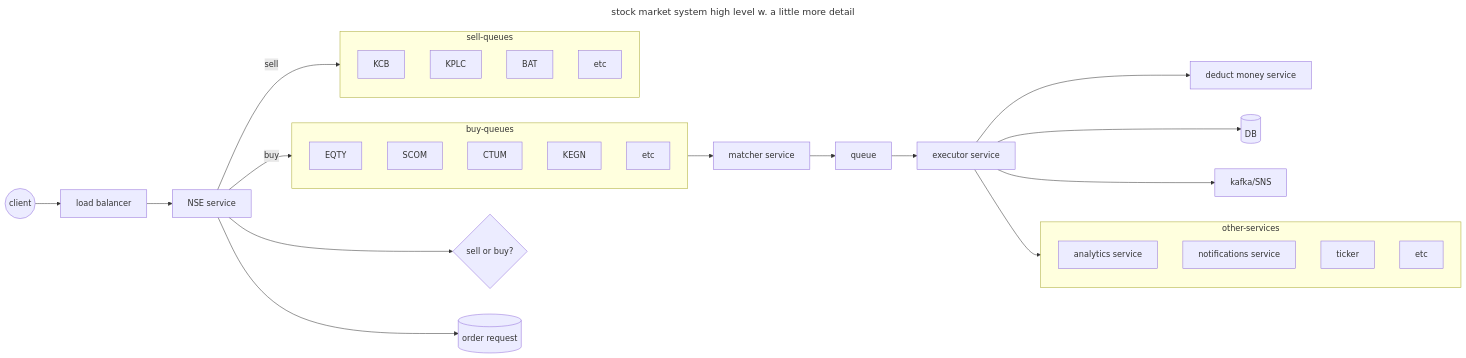
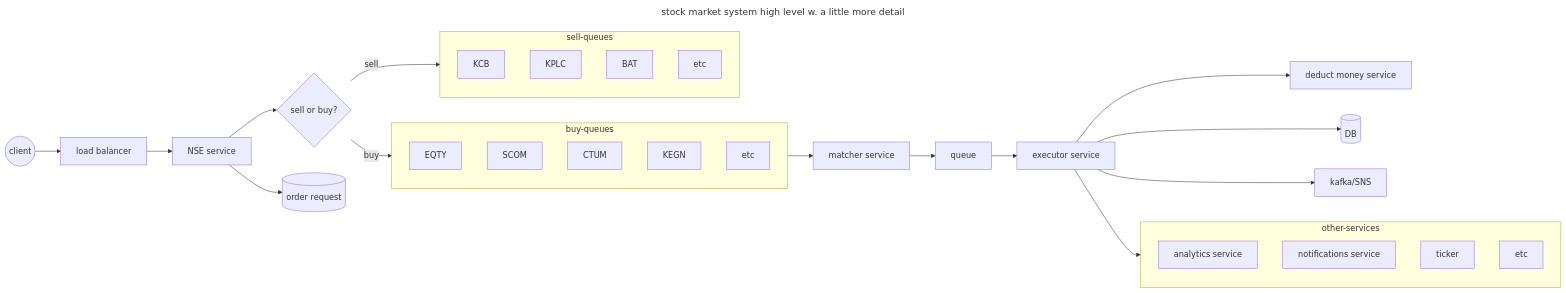
The second of 2 diagrams in 0x0A-stock_market_system/0-stock_market_system.md (brk-a/system-design), drawn with Mermaid before and after one commit. The commit also changed other lines of this file, not shown here.

````diff
--- a/0x0A-stock_market_system/0-stock_market_system.md
+++ b/0x0A-stock_market_system/0-stock_market_system.md
@@ -93,38 +91,38 @@
     ```mermaid
     ---
     title: stock market system high level w. a little more detail
     ---
         flowchart LR
         A((client))-->B[load balancer]
         B-->C[NSE service]
         C-->D{sell or buy?}
         C-->E[(order request)]
         subgraph buy-queues
         F[EQTY]
         G[SCOM]
         H[CTUM]
         I[KEGN]
         J[etc]
         end
         subgraph sell-queues
         K[KCB]
         L[KPLC]
         M[BAT]
         N[etc]
         end
-        C-->|buy| buy-queues
-        C-->|sell| sell-queues
+        D-->|buy| buy-queues
+        D-->|sell| sell-queues
         buy-queues --> O[matcher service]
         O-->P[queue]
         P-->Q[executor service]
         Q-->R[deduct money service]
         Q-->S[(DB)]
         Q-->T[kafka/SNS]
         subgraph other-services
         U[analytics service]
         V[notifications service]
         W[ticker]
         X[etc]
         end
         Q-->other-services
     ```
````
